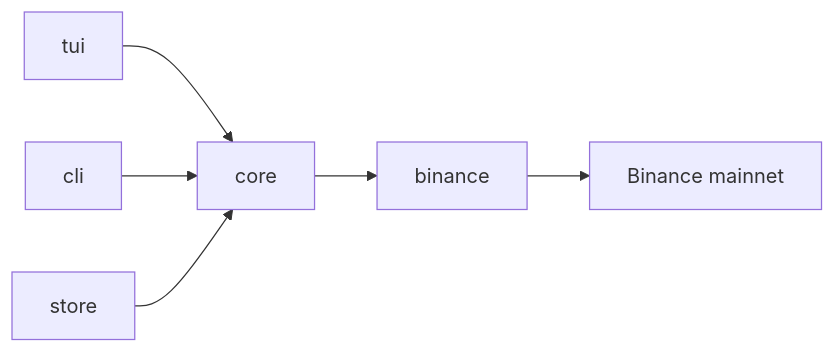
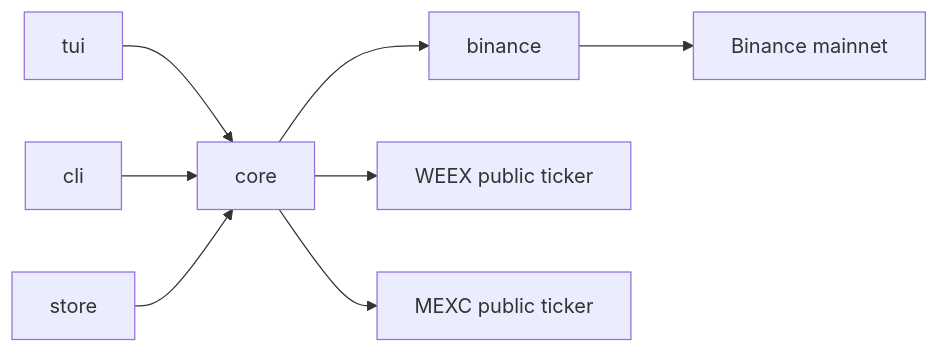
One commit to talha-shah2031/orbix changed the diagram in docs/ARCHITECTURE.md. Above: the diagram before and after it, drawn with Mermaid. The commit also changed other lines of this file and 45 other files, not shown here.

````diff
--- a/docs/ARCHITECTURE.md
+++ b/docs/ARCHITECTURE.md
@@ -5,8 +5,10 @@
 ```mermaid
 flowchart LR
     TUI[tui] --> Core[core]
     CLI[cli] --> Core
     Core --> Binance[binance]
     Store[store] --> Core
     Binance --> External[Binance mainnet]
+    Core --> WEEX[WEEX public ticker]
+    Core --> MEXC[MEXC public ticker]
 ```
````
